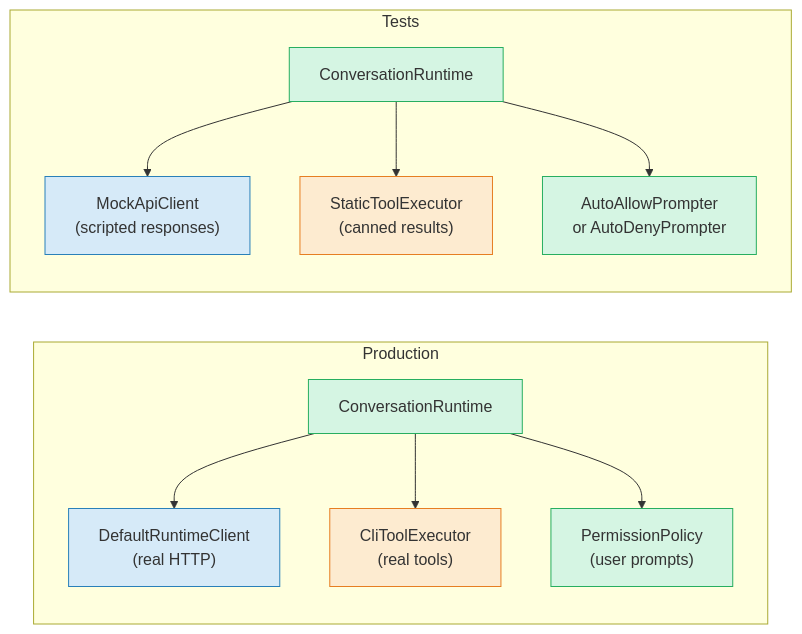
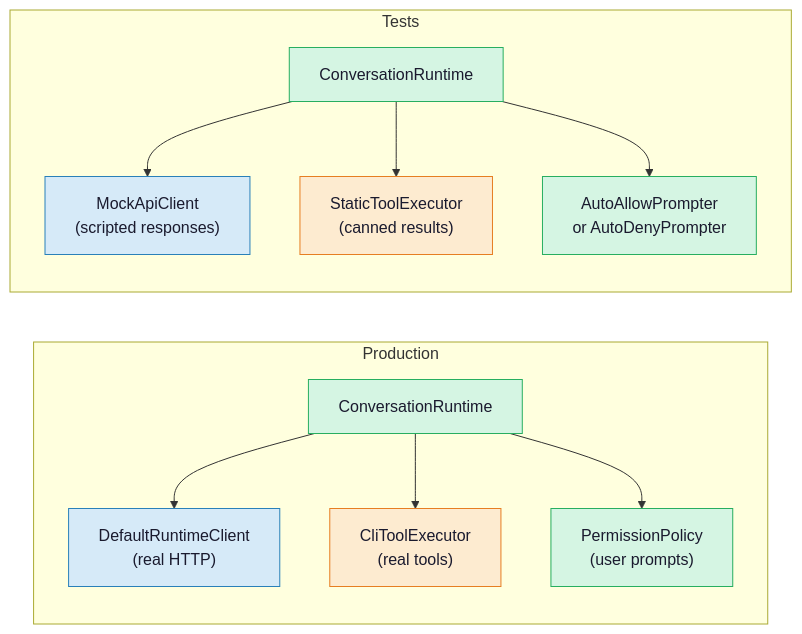
The first of 2 diagrams in architecture/session-10-testing-patterns.md (mickeyyaya/claw-code-architecture), drawn with Mermaid before and after one commit. The commit also changed 8 other files, not shown here.

Commit message:
fix: add dark text color to all light-fill diagram nodes for readability

````diff
--- a/architecture/session-10-testing-patterns.md
+++ b/architecture/session-10-testing-patterns.md
@@ -65,34 +65,34 @@
 ```mermaid
 graph LR
     subgraph "Production"
         RT1["ConversationRuntime"]
         AC1["DefaultRuntimeClient\n(real HTTP)"]
         TE1["CliToolExecutor\n(real tools)"]
         PP1["PermissionPolicy\n(user prompts)"]
 
         RT1 --> AC1
         RT1 --> TE1
         RT1 --> PP1
     end
 
     subgraph "Tests"
         RT2["ConversationRuntime"]
         AC2["MockApiClient\n(scripted responses)"]
         TE2["StaticToolExecutor\n(canned results)"]
         PP2["AutoAllowPrompter\nor AutoDenyPrompter"]
 
         RT2 --> AC2
         RT2 --> TE2
         RT2 --> PP2
     end
 
-    style RT1 fill:#d5f5e3,stroke:#27ae60
-    style AC1 fill:#d6eaf8,stroke:#2980b9
-    style TE1 fill:#fdebd0,stroke:#e67e22
-    style PP1 fill:#d5f5e3,stroke:#27ae60
+    style RT1 fill:#d5f5e3,stroke:#27ae60,color:#1a1a2e
+    style AC1 fill:#d6eaf8,stroke:#2980b9,color:#1a1a2e
+    style TE1 fill:#fdebd0,stroke:#e67e22,color:#1a1a2e
+    style PP1 fill:#d5f5e3,stroke:#27ae60,color:#1a1a2e
 
-    style RT2 fill:#d5f5e3,stroke:#27ae60
-    style AC2 fill:#d6eaf8,stroke:#2980b9
-    style TE2 fill:#fdebd0,stroke:#e67e22
-    style PP2 fill:#d5f5e3,stroke:#27ae60
+    style RT2 fill:#d5f5e3,stroke:#27ae60,color:#1a1a2e
+    style AC2 fill:#d6eaf8,stroke:#2980b9,color:#1a1a2e
+    style TE2 fill:#fdebd0,stroke:#e67e22,color:#1a1a2e
+    style PP2 fill:#d5f5e3,stroke:#27ae60,color:#1a1a2e
 ```
````
